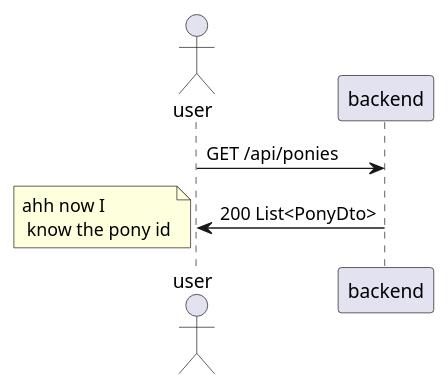
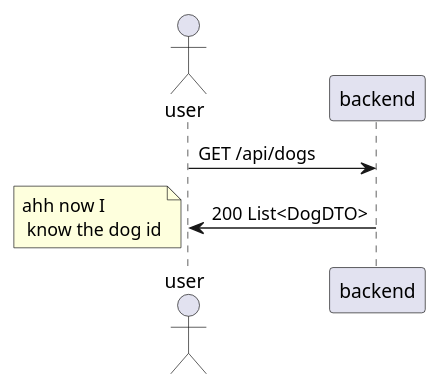
One commit to tamer545/openapiproject changed the second of 2 diagrams in src/main/java/ch/bbw/m226/openapiproject/dogUseCase.adoc. Above: the diagram before and after it, drawn with PlantUML. The commit also changed other lines of this file and 2 other files, not shown here.

```diff
--- a/src/main/java/ch/bbw/m226/openapiproject/dogUseCase.adoc
+++ b/src/main/java/ch/bbw/m226/openapiproject/dogUseCase.adoc
@@ -21,10 +21,10 @@
 [plantuml]
 ----
 @startuml
 actor user
-user -> backend : GET /api/ponies
-user <- backend : 200 List<PonyDto>
-note left: ahh now I\n know the pony id
+user -> backend : GET /api/dogs
+user <- backend : 200 List<DogDTO>
+note left: ahh now I\n know the dog id
 
 @enduml
 ----
```
